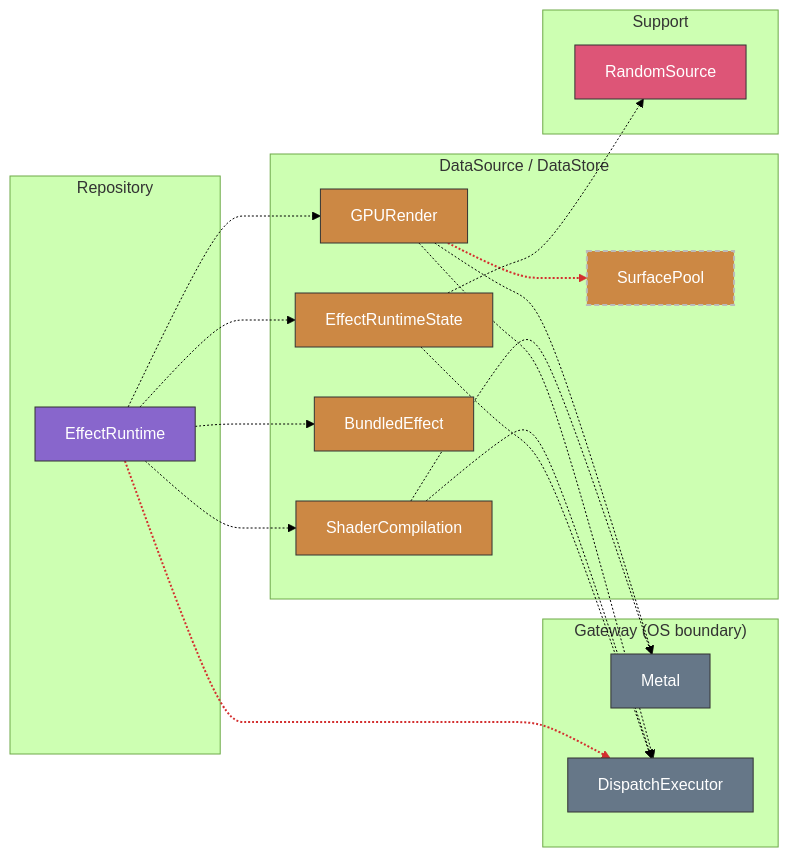
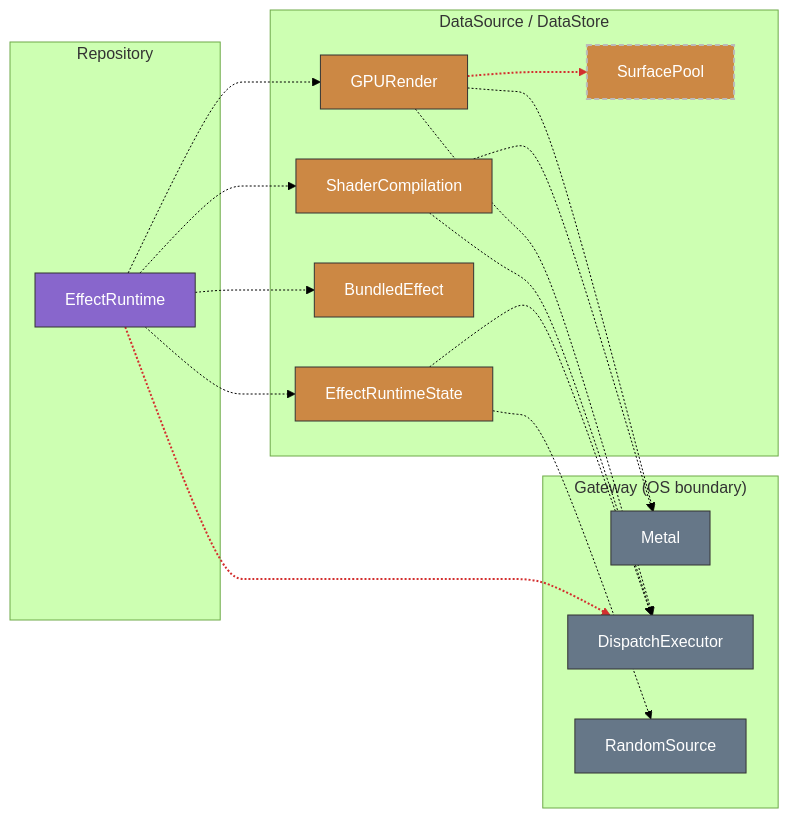
The sixth of 9 diagrams in docs/ARCHITECTURE.md (GeneralD/mirage), drawn with Mermaid (forest theme) before and after one commit. The commit also changed other lines of this file and 7 other files, not shown here.

First line of the commit message:
docs(architecture): generate the module diagrams from the package and the lint

````diff
--- a/docs/ARCHITECTURE.md
+++ b/docs/ARCHITECTURE.md
@@ -322,39 +325,35 @@
 ```mermaid
 graph LR
   subgraph Area1_repo["Repository"]
     EffectRuntimeRepository["EffectRuntime"]:::repo
   end
   subgraph Area1_ds["DataSource / DataStore"]
     GPURenderDataSource["GPURender"]:::ds
     ShaderCompilationDataSource["ShaderCompilation"]:::ds
     BundledEffectDataSource["BundledEffect"]:::ds
     EffectRuntimeStateDataSource["EffectRuntimeState"]:::ds
     SurfacePoolDataSource["SurfacePool"]:::dsx
   end
   subgraph Area1_gw["Gateway (OS boundary)"]
     MetalGateway["Metal"]:::gw
     DispatchExecutorGateway["DispatchExecutor"]:::gw
-  end
-  subgraph Area1_sup["Support"]
-    RandomSource:::sup
+    RandomSource:::gw
   end
   EffectRuntimeRepository -.-> BundledEffectDataSource
   EffectRuntimeRepository -.-> DispatchExecutorGateway
   EffectRuntimeRepository -.-> EffectRuntimeStateDataSource
   EffectRuntimeRepository -.-> GPURenderDataSource
   EffectRuntimeRepository -.-> ShaderCompilationDataSource
   GPURenderDataSource -.-> DispatchExecutorGateway
   GPURenderDataSource -.-> MetalGateway
   GPURenderDataSource -.-> SurfacePoolDataSource
   ShaderCompilationDataSource -.-> DispatchExecutorGateway
   ShaderCompilationDataSource -.-> MetalGateway
   EffectRuntimeStateDataSource -.-> DispatchExecutorGateway
   EffectRuntimeStateDataSource -.-> RandomSource
   classDef ds fill:#c84,stroke:#333,color:#fff
   classDef dsx fill:#c84,stroke:#bbb,stroke-width:2px,stroke-dasharray:5 3,color:#fff
   classDef gw fill:#678,stroke:#333,color:#fff
   classDef repo fill:#86c,stroke:#333,color:#fff
-  classDef sup fill:#d57,stroke:#333,color:#fff
-  linkStyle 1 stroke:#d32f2f,stroke-width:2px
-  linkStyle 7 stroke:#d32f2f,stroke-width:2px
+  linkStyle 1,7 stroke:#d32f2f,stroke-width:2px
 ```
````
